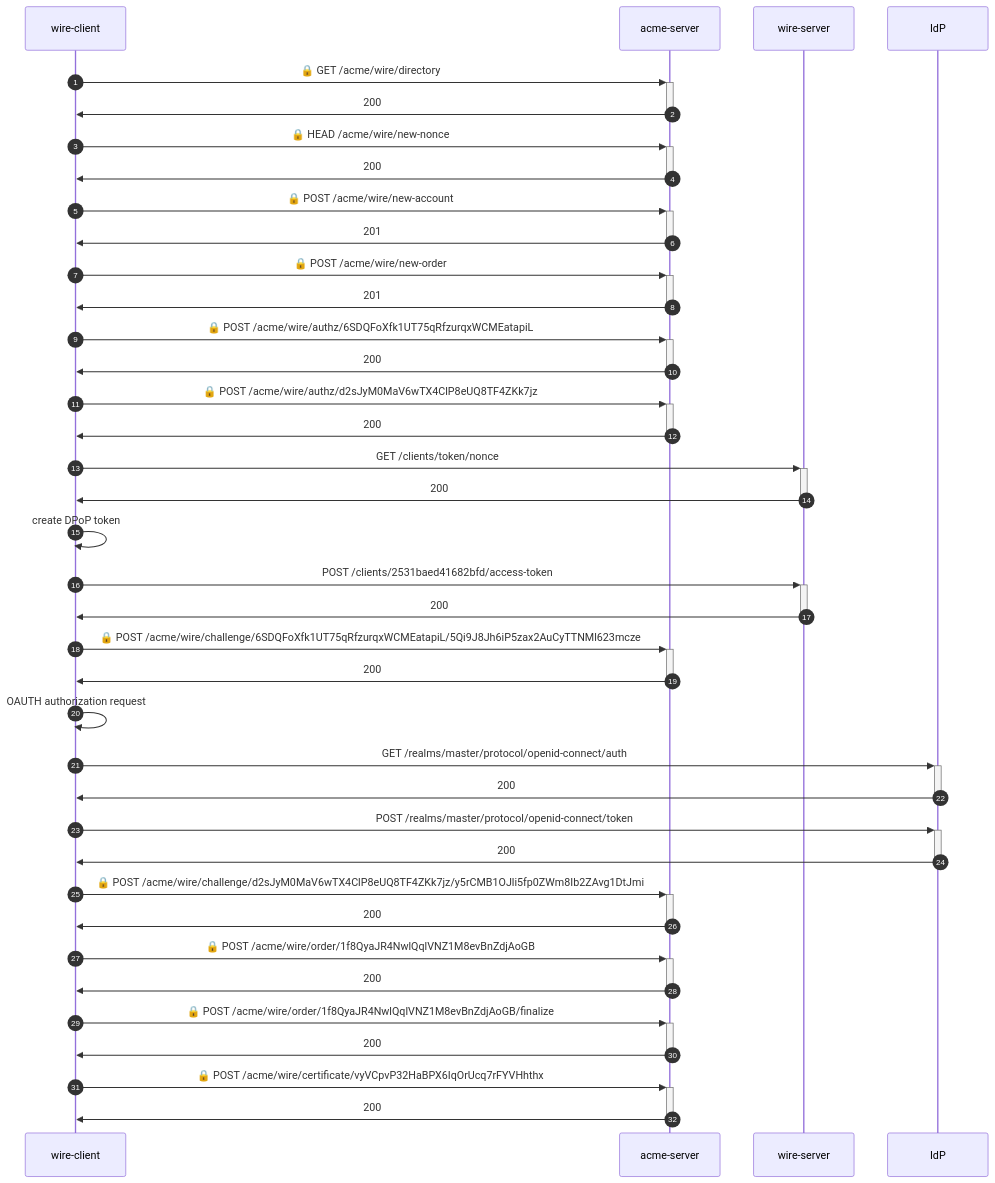
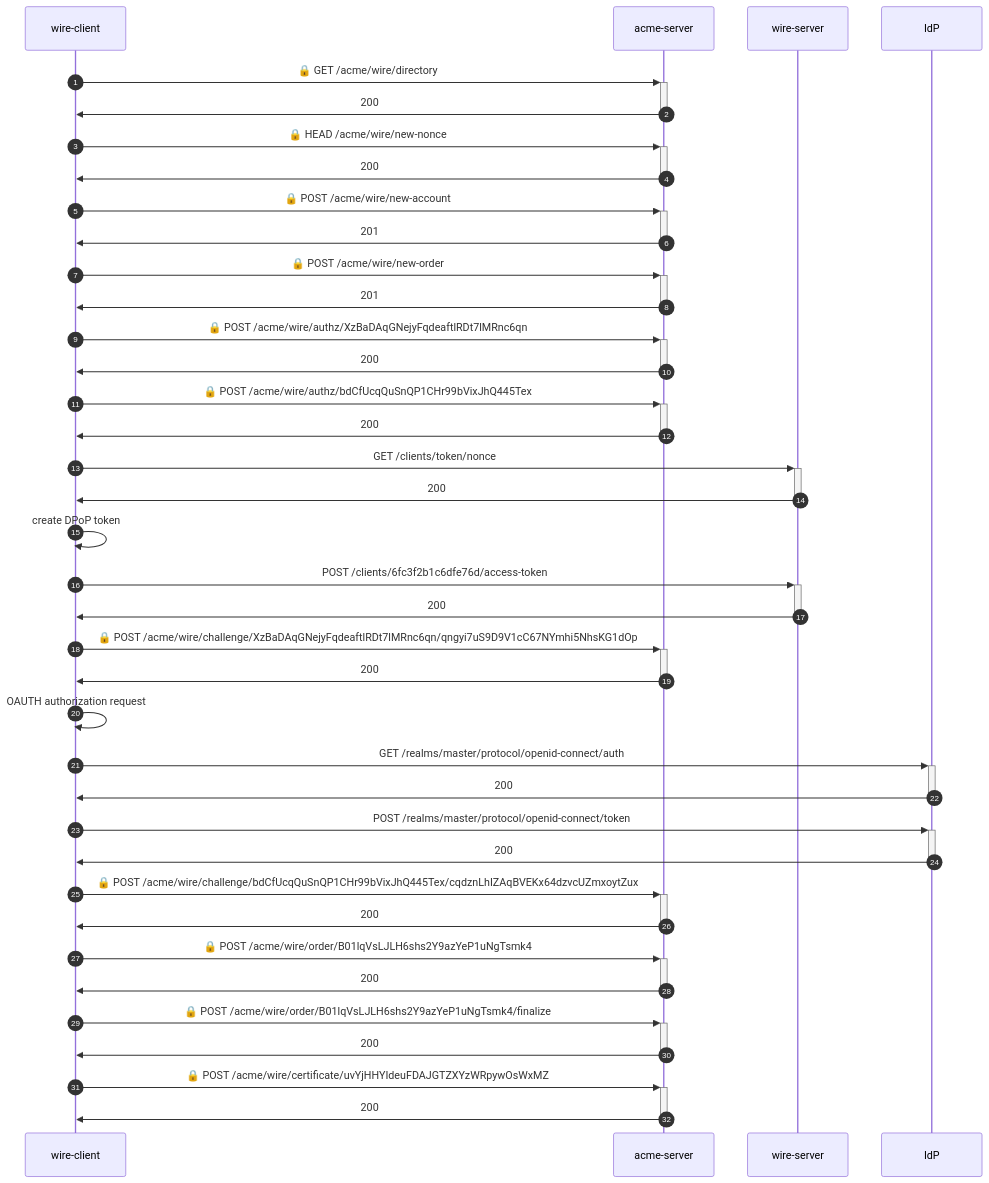
One commit to wireapp/rusty-jwt-tools changed the diagram in e2e-identity/README.md. Above: the diagram before and after it, drawn with Mermaid. The commit also changed other lines of this file and 5 other files, not shown here.

````diff
--- a/e2e-identity/README.md
+++ b/e2e-identity/README.md
@@ -3,36 +3,36 @@
 ```mermaid
 sequenceDiagram
     autonumber
     wire-client->>+acme-server: 🔒 GET /acme/wire/directory
     acme-server->>-wire-client: 200
     wire-client->>+acme-server: 🔒 HEAD /acme/wire/new-nonce
     acme-server->>-wire-client: 200
     wire-client->>+acme-server: 🔒 POST /acme/wire/new-account
     acme-server->>-wire-client: 201
     wire-client->>+acme-server: 🔒 POST /acme/wire/new-order
     acme-server->>-wire-client: 201
-    wire-client->>+acme-server: 🔒 POST /acme/wire/authz/6SDQFoXfk1UT75qRfzurqxWCMEatapiL
+    wire-client->>+acme-server: 🔒 POST /acme/wire/authz/XzBaDAqGNejyFqdeaftlRDt7lMRnc6qn
     acme-server->>-wire-client: 200
-    wire-client->>+acme-server: 🔒 POST /acme/wire/authz/d2sJyM0MaV6wTX4ClP8eUQ8TF4ZKk7jz
+    wire-client->>+acme-server: 🔒 POST /acme/wire/authz/bdCfUcqQuSnQP1CHr99bVixJhQ445Tex
     acme-server->>-wire-client: 200
     wire-client->>+wire-server:  GET /clients/token/nonce
     wire-server->>-wire-client: 200
     wire-client->>wire-client: create DPoP token
-    wire-client->>+wire-server:  POST /clients/2531baed41682bfd/access-token
+    wire-client->>+wire-server:  POST /clients/6fc3f2b1c6dfe76d/access-token
     wire-server->>-wire-client: 200
-    wire-client->>+acme-server: 🔒 POST /acme/wire/challenge/6SDQFoXfk1UT75qRfzurqxWCMEatapiL/5Qi9J8Jh6iP5zax2AuCyTTNMl623mcze
+    wire-client->>+acme-server: 🔒 POST /acme/wire/challenge/XzBaDAqGNejyFqdeaftlRDt7lMRnc6qn/qngyi7uS9D9V1cC67NYmhi5NhsKG1dOp
     acme-server->>-wire-client: 200
     wire-client->>wire-client: OAUTH authorization request
     wire-client->>+IdP:  GET /realms/master/protocol/openid-connect/auth
     IdP->>-wire-client: 200
     wire-client->>+IdP:  POST /realms/master/protocol/openid-connect/token
     IdP->>-wire-client: 200
-    wire-client->>+acme-server: 🔒 POST /acme/wire/challenge/d2sJyM0MaV6wTX4ClP8eUQ8TF4ZKk7jz/y5rCMB1OJli5fp0ZWm8Ib2ZAvg1DtJmi
+    wire-client->>+acme-server: 🔒 POST /acme/wire/challenge/bdCfUcqQuSnQP1CHr99bVixJhQ445Tex/cqdznLhIZAqBVEKx64dzvcUZmxoytZux
     acme-server->>-wire-client: 200
-    wire-client->>+acme-server: 🔒 POST /acme/wire/order/1f8QyaJR4NwlQqlVNZ1M8evBnZdjAoGB
+    wire-client->>+acme-server: 🔒 POST /acme/wire/order/B01lqVsLJLH6shs2Y9azYeP1uNgTsmk4
     acme-server->>-wire-client: 200
-    wire-client->>+acme-server: 🔒 POST /acme/wire/order/1f8QyaJR4NwlQqlVNZ1M8evBnZdjAoGB/finalize
+    wire-client->>+acme-server: 🔒 POST /acme/wire/order/B01lqVsLJLH6shs2Y9azYeP1uNgTsmk4/finalize
     acme-server->>-wire-client: 200
-    wire-client->>+acme-server: 🔒 POST /acme/wire/certificate/vyVCpvP32HaBPX6IqOrUcq7rFYVHhthx
+    wire-client->>+acme-server: 🔒 POST /acme/wire/certificate/uvYjHHYIdeuFDAJGTZXYzWRpywOsWxMZ
     acme-server->>-wire-client: 200
 ```
````
